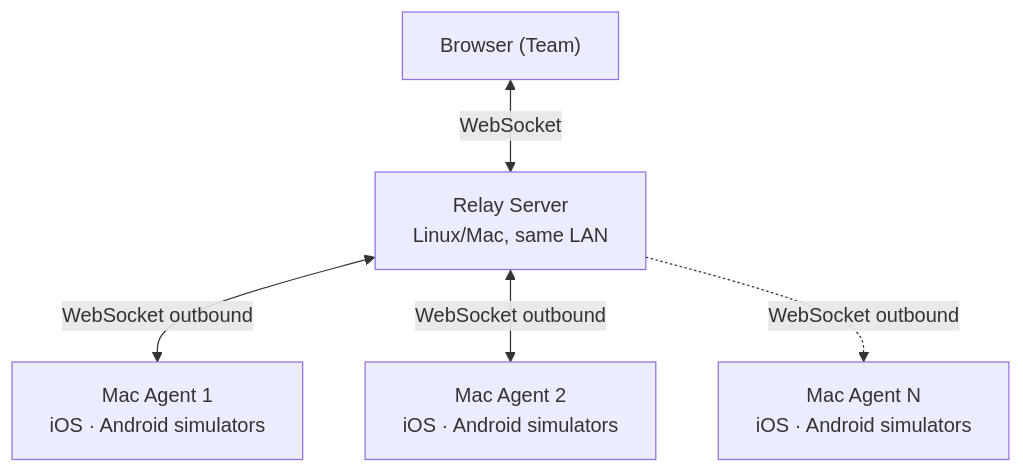
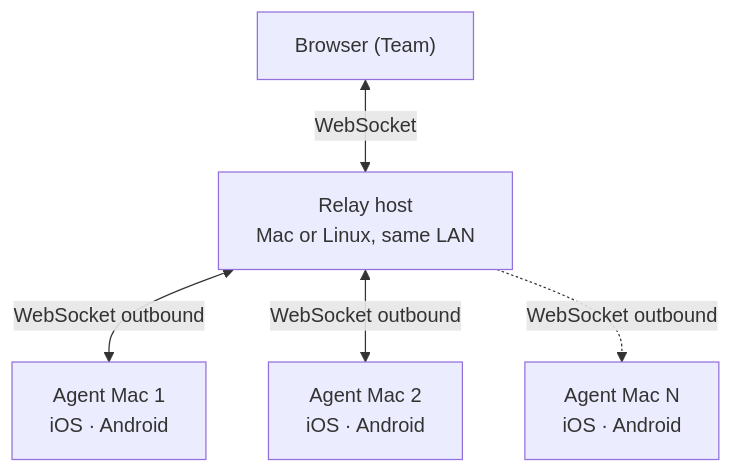
The second of 2 diagrams in docs/get-started/introduction.md (ahmed0elseginy/tapflow), drawn with Mermaid before and after one commit. The commit also changed other lines of this file and 14 other files, not shown here.

````diff
--- a/docs/get-started/introduction.md
+++ b/docs/get-started/introduction.md
@@ -24,13 +60,13 @@
 ```mermaid
 flowchart TD
     B["Browser (Team)"]
-    R["Relay Server<br/>Linux/Mac, same LAN"]
-    A1["Mac Agent 1<br/>iOS · Android simulators"]
-    A2["Mac Agent 2<br/>iOS · Android simulators"]
-    More["Mac Agent N<br/>iOS · Android simulators"]
+    R["Relay host<br/>Mac or Linux, same LAN"]
+    A1["Agent Mac 1<br/>iOS · Android"]
+    A2["Agent Mac 2<br/>iOS · Android"]
+    More["Agent Mac N<br/>iOS · Android"]
 
     B <-->|WebSocket| R
     R <-->|WebSocket outbound| A1
     R <-->|WebSocket outbound| A2
     R -.->|WebSocket outbound| More
 ```
````
